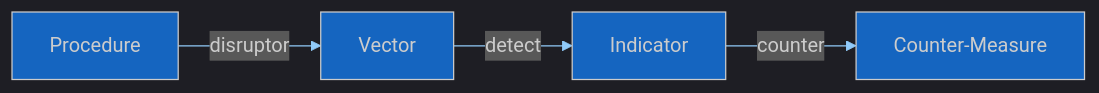
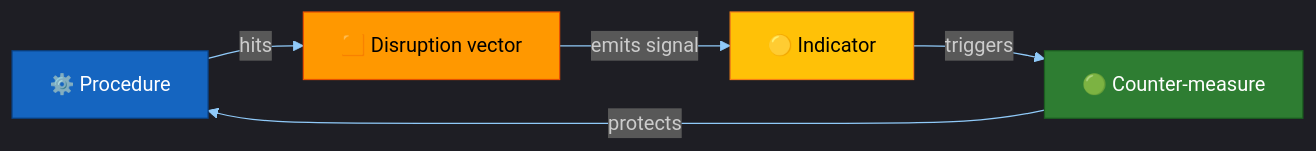
Before and after one commit to Hack23/euparliamentmonitor: the second of 2 diagrams in analysis/templates/legislative-disruption.md, drawn with Mermaid. The commit also changed other lines of this file and 5 other files, not shown here.

````diff
--- a/analysis/templates/legislative-disruption.md
+++ b/analysis/templates/legislative-disruption.md
@@ -50,7 +125,17 @@
 ```mermaid
 %%{init: {"theme":"dark","themeVariables":{"primaryColor":"#1565C0","primaryTextColor":"#ffffff","primaryBorderColor":"#0A3F7F","lineColor":"#90CAF9","secondaryColor":"#2E7D32","secondaryTextColor":"#ffffff","tertiaryColor":"#FF9800","tertiaryTextColor":"#000000","mainBkg":"#1565C0","secondBkg":"#2E7D32","tertiaryBkg":"#FF9800","noteBkgColor":"#FFC107","noteTextColor":"#000000","errorBkgColor":"#D32F2F","fontFamily":"Inter, Helvetica, Arial, sans-serif"}}}%%
 flowchart LR
-    PROC[Procedure] -->|disruptor| VEC[Vector]
-    VEC -->|detect| IND[Indicator]
-    IND -->|counter| MEAS[Counter-Measure]
+    PROC[⚙️ Procedure] -->|hits| VEC[🟧 Disruption vector]
+    VEC -->|emits signal| IND[🟡 Indicator]
+    IND -->|triggers| MEAS[🟢 Counter‑measure]
+    MEAS -->|protects| PROC
+
+    classDef proc fill:#1565C0,stroke:#0A3F7F,color:#ffffff;
+    classDef vec fill:#FF9800,stroke:#E65100,color:#000000;
+    classDef ind fill:#FFC107,stroke:#F57F17,color:#000000;
+    classDef meas fill:#2E7D32,stroke:#1B5E20,color:#ffffff;
+    class PROC proc;
+    class VEC vec;
+    class IND ind;
+    class MEAS meas;
 ```
````
